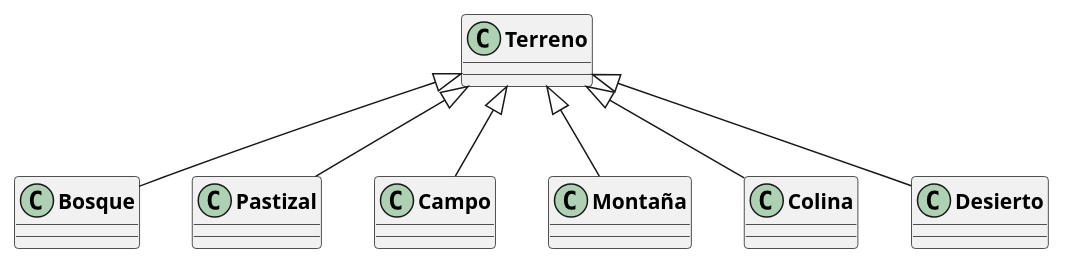
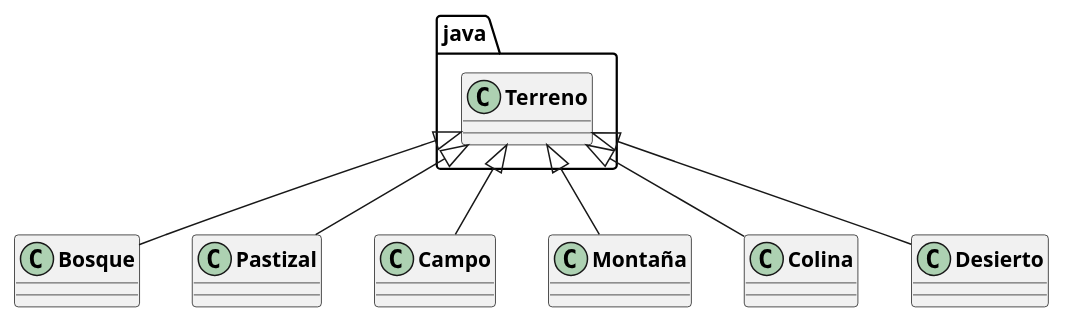
The diagram in diagramas/diagrama_de_clases_terreno.puml (FGazcon/TP2_Paradigmas_2025_2C), drawn with PlantUML before and after one commit. The commit also changed 321 other files, not shown here.

```diff
--- a/diagramas/diagrama_de_clases_terreno.puml
+++ b/diagramas/diagrama_de_clases_terreno.puml
@@ -1,26 +1,26 @@
 @startuml Diagrama De CLASES
 
 skinparam classAttributeIconSize 0
 skinparam classFontStyle bold
 
 ' ======================
 ' CLASES DEL MODELO
 ' ======================
 
-class Terreno
+class java.Terreno
 class Bosque
 class Pastizal
 class Campo
 class Montaña
 class Colina
 class Desierto
 
-Terreno <|-- Bosque
-Terreno <|-- Pastizal
-Terreno <|-- Montaña
-Terreno <|-- Campo
-Terreno <|-- Colina
-Terreno <|-- Desierto
+java.Terreno <|-- Bosque
+java.Terreno <|-- Pastizal
+java.Terreno <|-- Montaña
+java.Terreno <|-- Campo
+java.Terreno <|-- Colina
+java.Terreno <|-- Desierto
 
 
 @enduml
```
